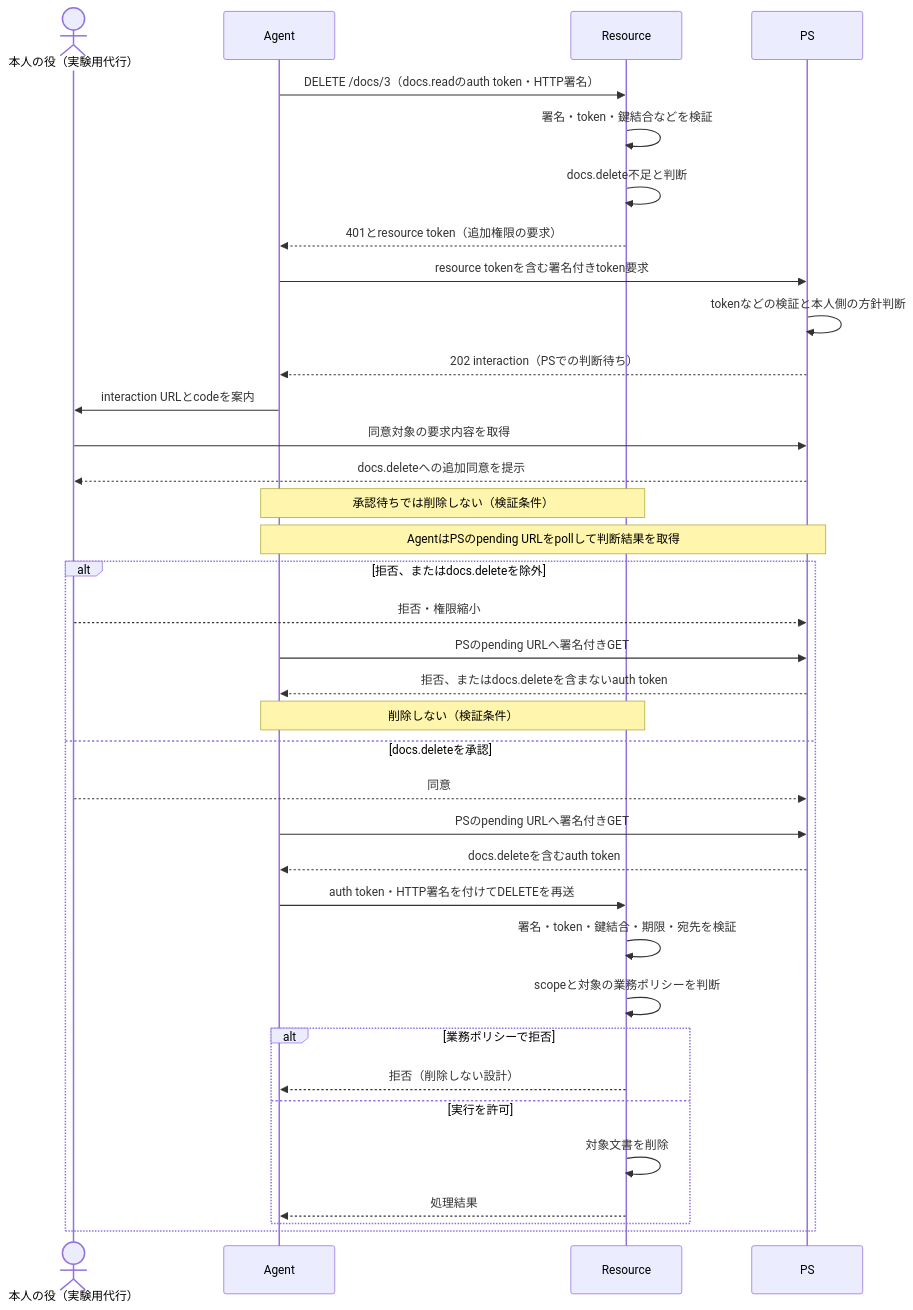
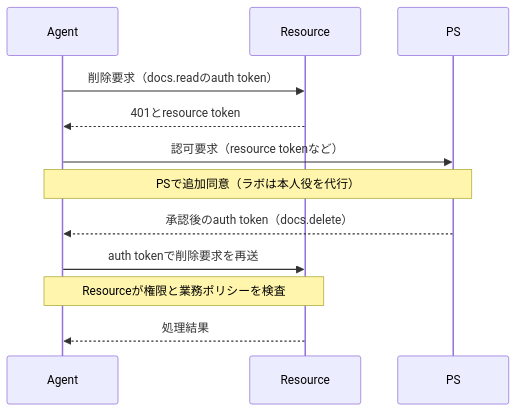
The second of 3 diagrams in docs/blog/draft.md (futabato/aauth-lab), drawn with Mermaid before and after one commit. The commit also changed other lines of this file and 1 other file, not shown here.

````diff
--- a/docs/blog/draft.md
+++ b/docs/blog/draft.md
@@ -172,38 +131,14 @@
 ```mermaid
 sequenceDiagram
-    actor U as 本人の役（実験用代行）
     participant A as Agent
     participant R as Resource
     participant P as PS
-    A->>R: DELETE /docs/3（docs.readのauth token・HTTP署名）
-    R->>R: 署名・token・鍵結合などを検証
-    R->>R: docs.delete不足と判断
-    R-->>A: 401とresource token（追加権限の要求）
-    A->>P: resource tokenを含む署名付きtoken要求
-    P->>P: tokenなどの検証と本人側の方針判断
-    P-->>A: 202 interaction（PSでの判断待ち）
-    A->>U: interaction URLとcodeを案内
-    U->>P: 同意対象の要求内容を取得
-    P-->>U: docs.deleteへの追加同意を提示
-    Note over A,R: 承認待ちでは削除しない（検証条件）
-    Note over A,P: AgentはPSのpending URLをpollして判断結果を取得
-    alt 拒否、またはdocs.deleteを除外
-        U-->>P: 拒否・権限縮小
-        A->>P: PSのpending URLへ署名付きGET
-        P-->>A: 拒否、またはdocs.deleteを含まないauth token
-        Note over A,R: 削除しない（検証条件）
-    else docs.deleteを承認
-        U-->>P: 同意
-        A->>P: PSのpending URLへ署名付きGET
-        P-->>A: docs.deleteを含むauth token
-        A->>R: auth token・HTTP署名を付けてDELETEを再送
-        R->>R: 署名・token・鍵結合・期限・宛先を検証
-        R->>R: scopeと対象の業務ポリシーを判断
-        alt 業務ポリシーで拒否
-            R-->>A: 拒否（削除しない設計）
-        else 実行を許可
-            R->>R: 対象文書を削除
-            R-->>A: 処理結果
-        end
-    end
+    A->>R: 削除要求（docs.readのauth token）
+    R-->>A: 401とresource token
+    A->>P: 認可要求（resource tokenなど）
+    Note over A,P: PSで追加同意（ラボは本人役を代行）
+    P-->>A: 承認後のauth token（docs.delete）
+    A->>R: auth tokenで削除要求を再送
+    Note over A,R: Resourceが権限と業務ポリシーを検査
+    R-->>A: 処理結果
 ```
````
